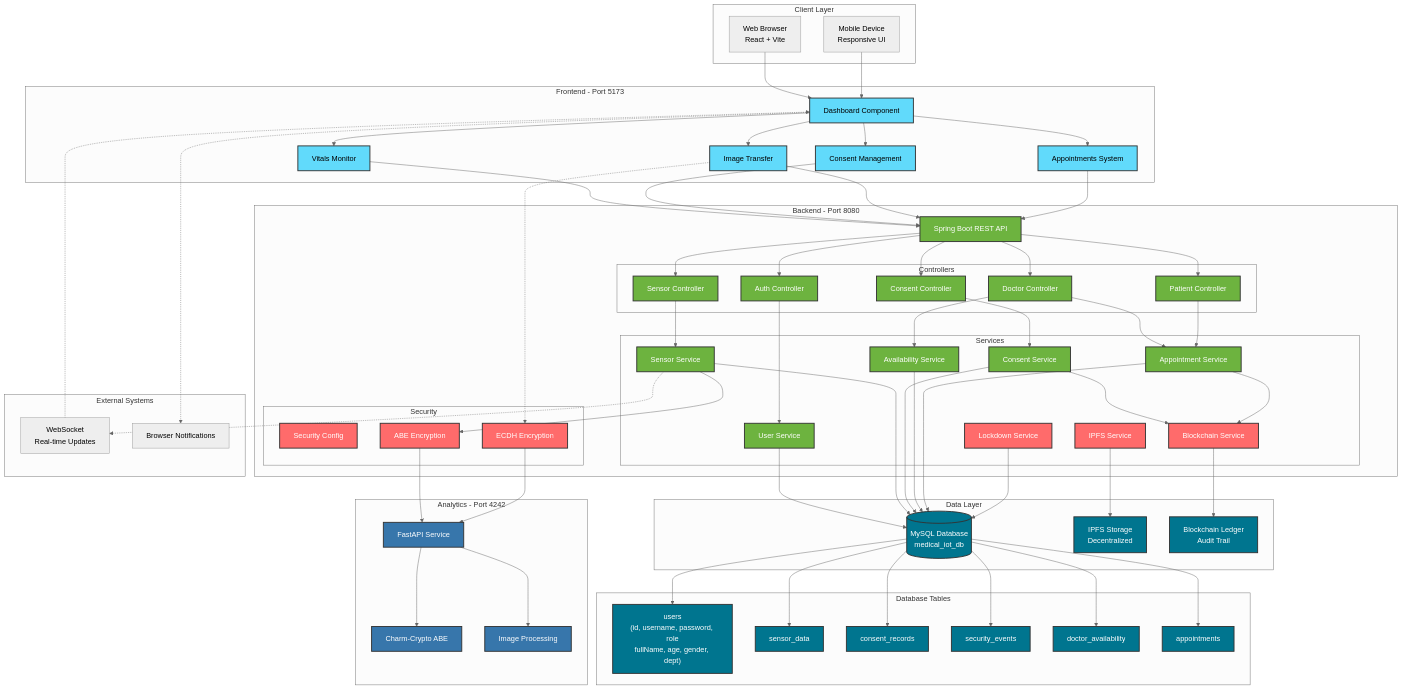
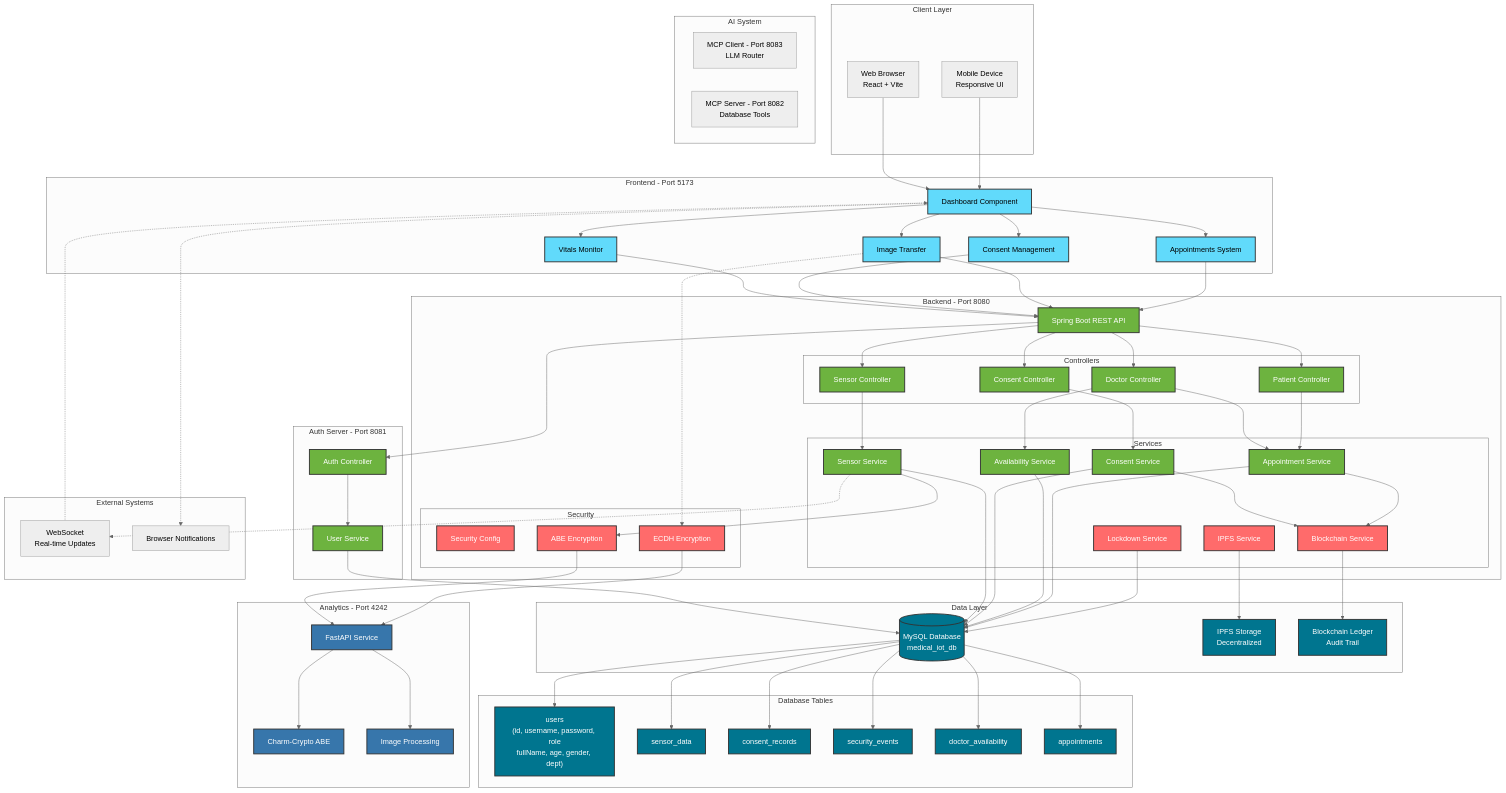
One commit to malcolm-cephas/Medical-IoT changed the diagram in README.md. Above: the diagram before and after it, drawn with Mermaid (neutral theme). The commit also changed other lines of this file and 66 other files, not shown here.

```diff
--- a/README.md
+++ b/README.md
@@ -224,7 +250,6 @@
         API[Spring Boot REST API]
         
         subgraph "Controllers"
-            AUTH[Auth Controller]
             SENSOR[Sensor Controller]
             CONS[Consent Controller]
             DOC[Doctor Controller]
@@ -232,7 +257,6 @@
         end
         
         subgraph "Services"
-            USERSVC[User Service]
             SENSVC[Sensor Service]
             CONSVC[Consent Service]
             DOCAVSVC[Availability Service]
@@ -247,6 +271,16 @@
             ABE[ABE Encryption]
             ECDH[ECDH Encryption]
         end
+    end
+    
+    subgraph "Auth Server - Port 8081"
+        AUTH[Auth Controller]
+        USERSVC[User Service]
+    end
+    
+    subgraph "AI System"
+        MCPCLIENT[MCP Client - Port 8083<br/>LLM Router]
+        MCPSERVER[MCP Server - Port 8082<br/>Database Tools]
     end
 
     subgraph "Analytics - Port 4242"
```
